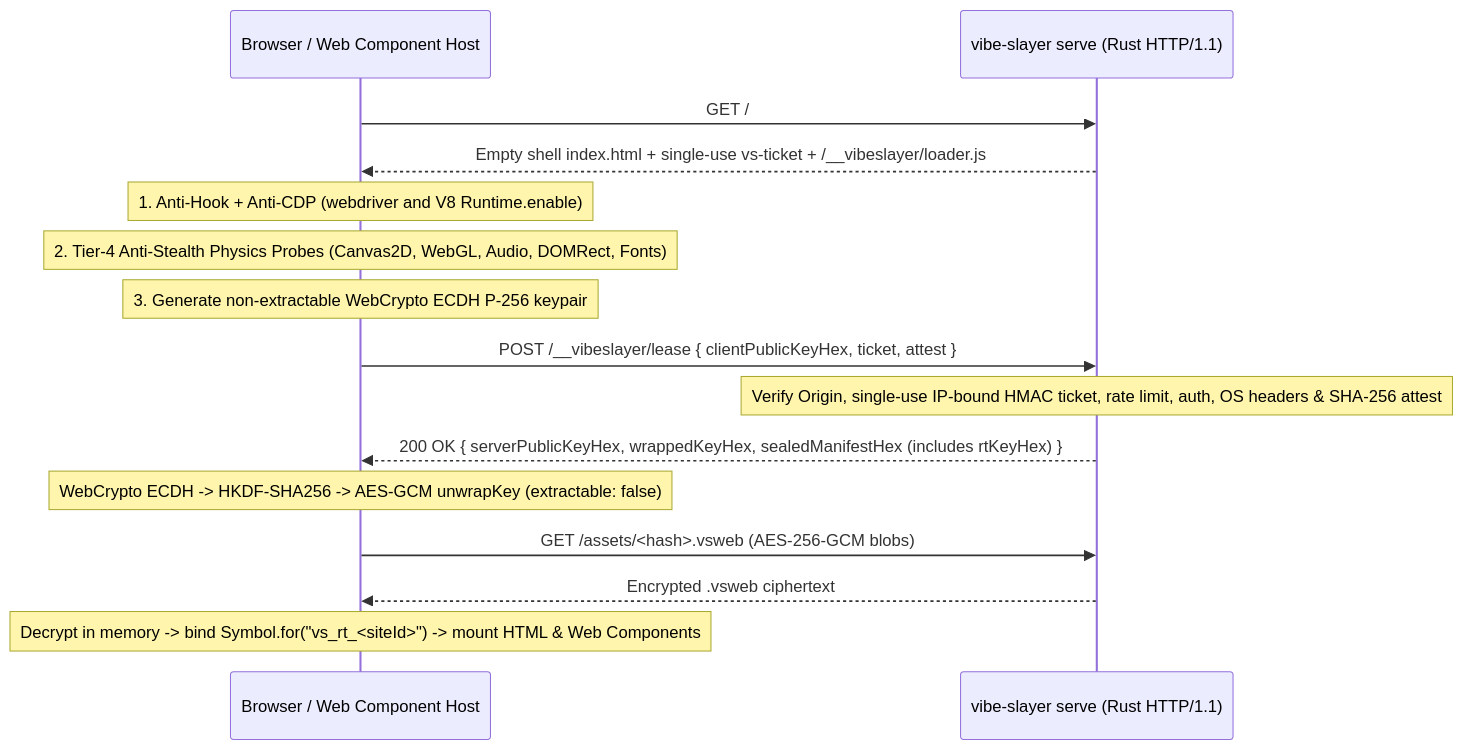
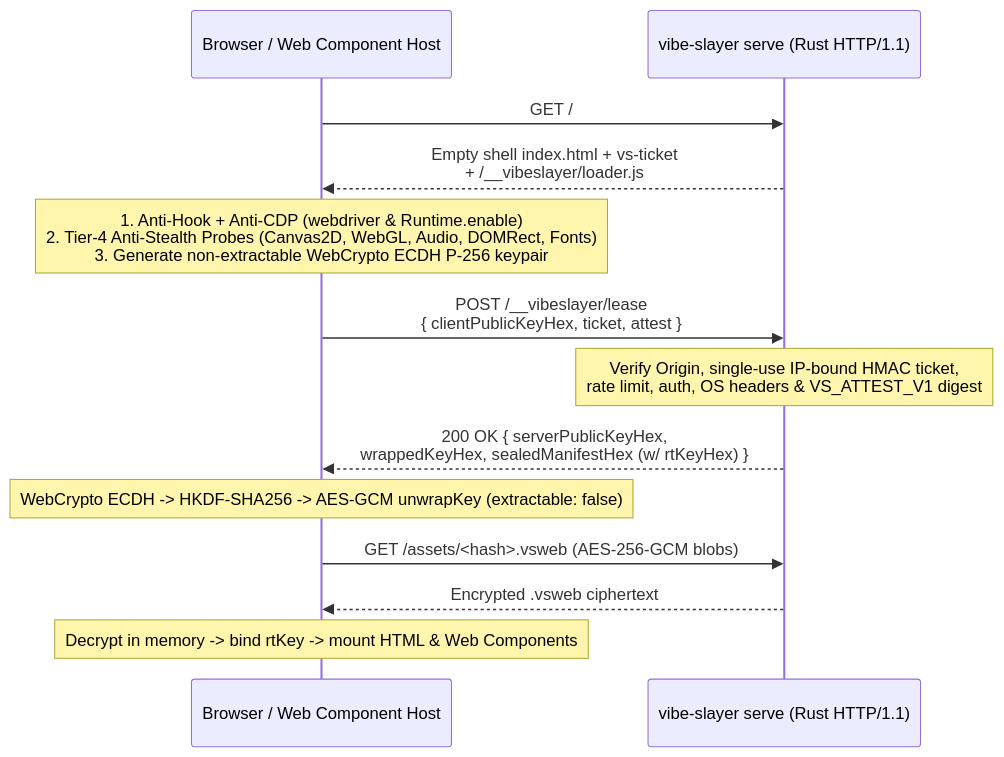
Before and after one commit to HUSMUS9999/vibe-slayer: the diagram in docs/web-and-web-components.md, drawn with Mermaid. The commit also changed other lines of this file and 44 other files, not shown here.

First line of the commit message:
Harden core, redesign architecture SVGs, and audit docs & benchmarks

````diff
--- a/docs/web-and-web-components.md
+++ b/docs/web-and-web-components.md
@@ -11,17 +13,15 @@
 ```mermaid
 sequenceDiagram
     participant B as Browser / Web Component Host
     participant S as vibe-slayer serve (Rust HTTP/1.1)
     B->>S: GET /
-    S-->>B: Empty shell index.html + single-use vs-ticket + /__vibeslayer/loader.js
-    Note over B: 1. Anti-Hook + Anti-CDP (webdriver and V8 Runtime.enable)
-    Note over B: 2. Tier-4 Anti-Stealth Physics Probes (Canvas2D, WebGL, Audio, DOMRect, Fonts)
-    Note over B: 3. Generate non-extractable WebCrypto ECDH P-256 keypair
-    B->>S: POST /__vibeslayer/lease { clientPublicKeyHex, ticket, attest }
-    Note over S: Verify Origin, single-use IP-bound HMAC ticket, rate limit, auth, OS headers & SHA-256 attest
-    S-->>B: 200 OK { serverPublicKeyHex, wrappedKeyHex, sealedManifestHex (includes rtKeyHex) }
+    S-->>B: Empty shell index.html + vs-ticket<br/>+ /__vibeslayer/loader.js
+    Note over B: 1. Anti-Hook + Anti-CDP (webdriver & Runtime.enable)<br/>2. Tier-4 Anti-Stealth Probes (Canvas2D, WebGL, Audio, DOMRect, Fonts)<br/>3. Generate non-extractable WebCrypto ECDH P-256 keypair
+    B->>S: POST /__vibeslayer/lease<br/>{ clientPublicKeyHex, ticket, attest }
+    Note over S: Verify Origin, single-use IP-bound HMAC ticket,<br/>rate limit, auth, OS headers & VS_ATTEST_V1 digest
+    S-->>B: 200 OK { serverPublicKeyHex,<br/>wrappedKeyHex, sealedManifestHex (w/ rtKeyHex) }
     Note over B: WebCrypto ECDH -> HKDF-SHA256 -> AES-GCM unwrapKey (extractable: false)
     B->>S: GET /assets/<hash>.vsweb (AES-256-GCM blobs)
     S-->>B: Encrypted .vsweb ciphertext
-    Note over B: Decrypt in memory -> bind Symbol.for("vs_rt_<siteId>") -> mount HTML & Web Components
+    Note over B: Decrypt in memory -> bind rtKey -> mount HTML & Web Components
 ```
````
